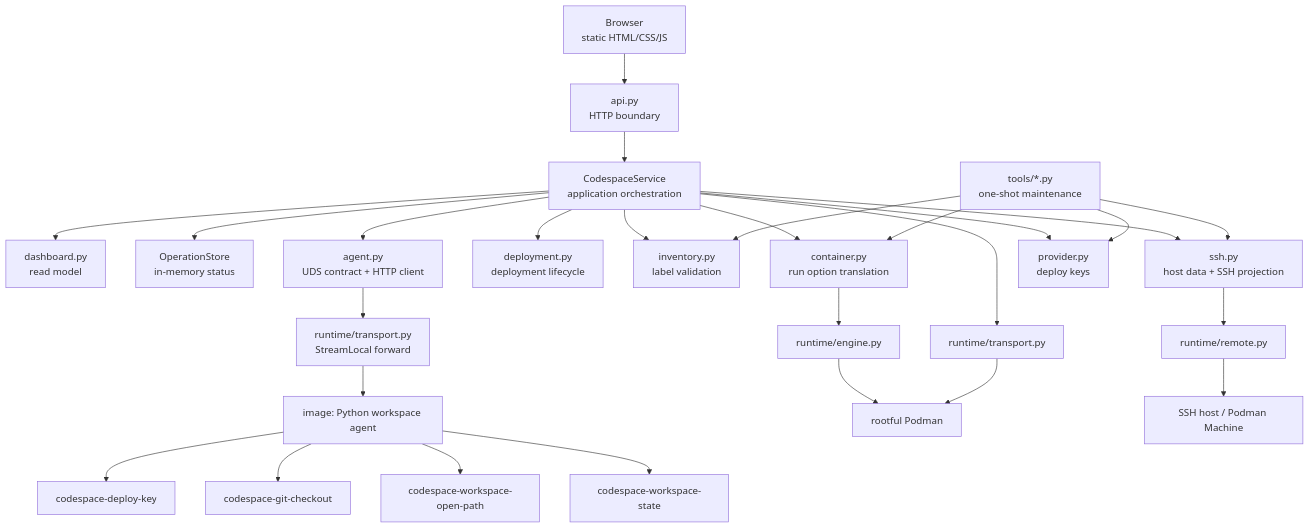
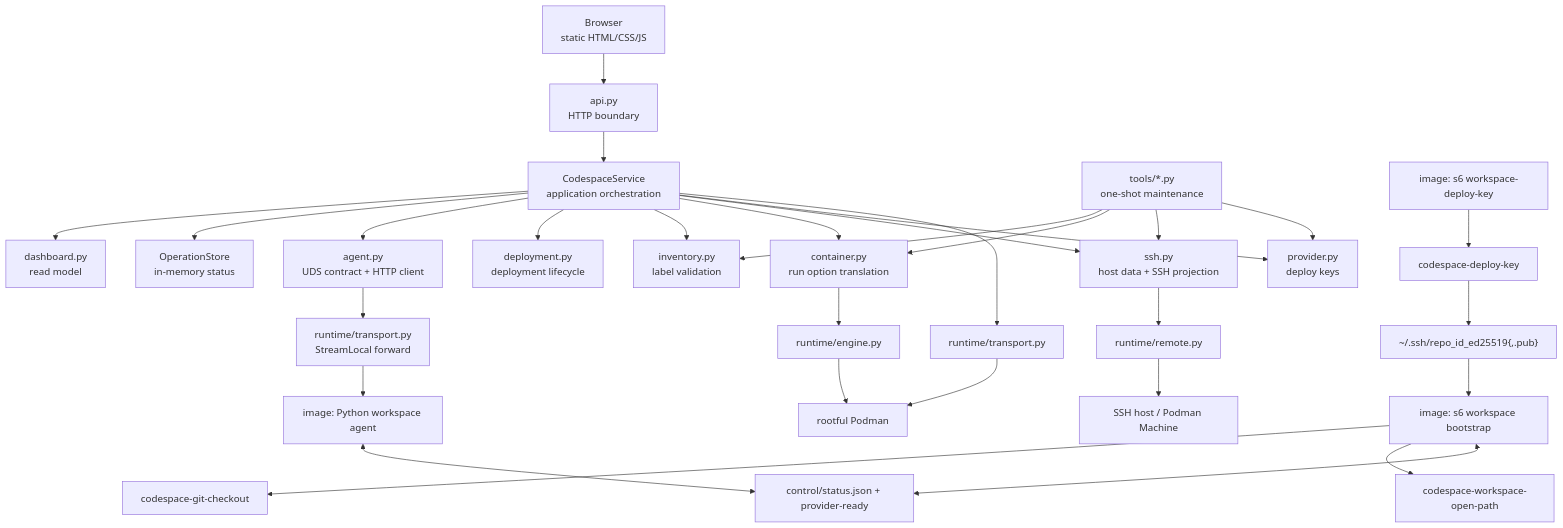
One commit to curoky/codespace changed the second of 9 diagrams in controller/DESIGN.md. Above: the diagram before and after it, drawn with Mermaid. The commit also changed other lines of this file and 23 other files, not shown here.

First line of the commit message:
feat: implement s6-based automatic workspace bootstrap flow

````diff
--- a/controller/DESIGN.md
+++ b/controller/DESIGN.md
@@ -54,31 +54,34 @@
 ```mermaid
 flowchart TB
     Browser["Browser<br/>static HTML/CSS/JS"] --> API["api.py<br/>HTTP boundary"]
     API --> Service["CodespaceService<br/>application orchestration"]
     Service --> Dashboard["dashboard.py<br/>read model"]
     Service --> Operations["OperationStore<br/>in-memory status"]
     Service --> Agent["agent.py<br/>UDS contract + HTTP client"]
     Service --> Deployment["deployment.py<br/>deployment lifecycle"]
     Service --> Inventory["inventory.py<br/>label validation"]
     Service --> Container["container.py<br/>run option translation"]
     Service --> SSH["ssh.py<br/>host data + SSH projection"]
     Service --> Provider["provider.py<br/>deploy keys"]
 
     CLI["tools/*.py<br/>one-shot maintenance"] --> Inventory
     CLI --> Container
     CLI --> SSH
     CLI --> Provider
 
     Container --> Engine["runtime/engine.py"]
     Agent --> Tunnel["runtime/transport.py<br/>StreamLocal forward"]
     Tunnel --> ImageAgent["image: Python workspace agent"]
-    ImageAgent --> DeployKeyHelper["codespace-deploy-key"]
-    ImageAgent --> CheckoutHelper["codespace-git-checkout"]
-    ImageAgent --> OpenPathHelper["codespace-workspace-open-path"]
-    ImageAgent --> StateHelper["codespace-workspace-state"]
+    DeployKeyService["image: s6 workspace-deploy-key"] --> DeployKeyHelper["codespace-deploy-key"]
+    DeployKeyHelper --> DeployKeyPair["~/.ssh/repo_id_ed25519{,.pub}"]
+    DeployKeyPair --> ImageBootstrap["image: s6 workspace bootstrap"]
+    ImageBootstrap --> CheckoutHelper["codespace-git-checkout"]
+    ImageBootstrap --> OpenPathHelper["codespace-workspace-open-path"]
+    ImageAgent <--> BootstrapState["control/status.json + provider-ready"]
+    ImageBootstrap <--> BootstrapState
     SSH --> Remote["runtime/remote.py"]
     Service --> Transport["runtime/transport.py"]
     Engine --> Podman["rootful Podman"]
     Transport --> Podman
     Remote --> Host["SSH host / Podman Machine"]
 ```
````
